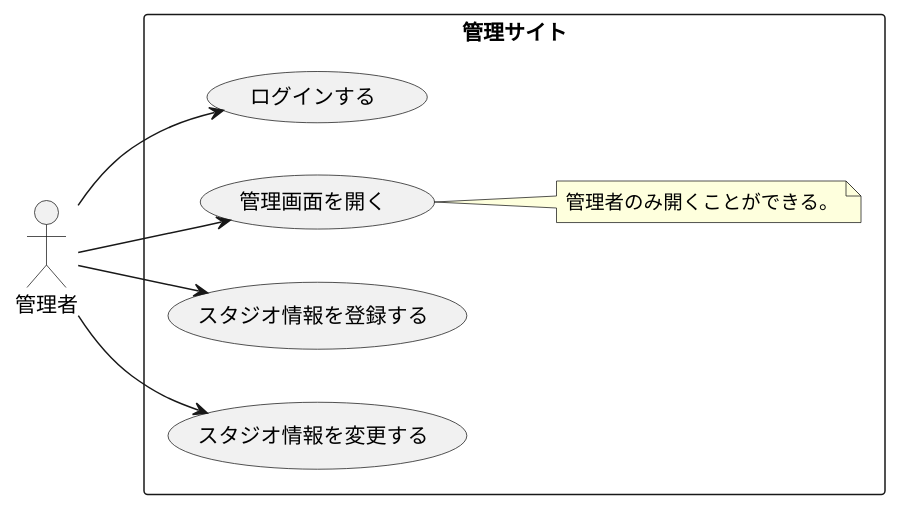
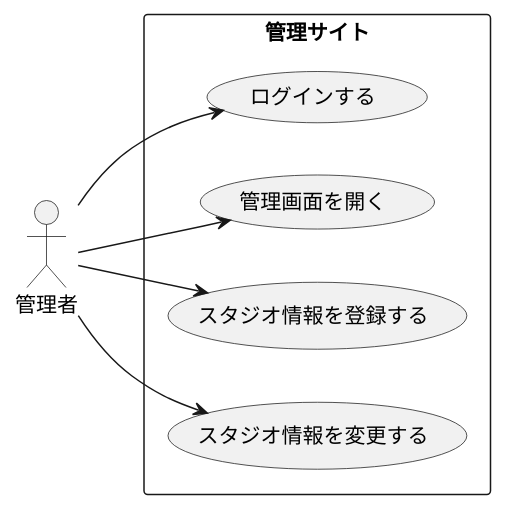
The diagram in modeling/05_Usecase_スタジオ管理.pu (TakashiOnawa/ddd-practice-studio-reservation), drawn with PlantUML before and after one commit. The commit also changed 16 other files, not shown here.

```diff
--- a/modeling/05_Usecase_スタジオ管理.pu
+++ b/modeling/05_Usecase_スタジオ管理.pu
@@ -1,18 +1,14 @@
 @startuml Usecase
 
 left to right direction
 
 actor 管理者
 
 rectangle 管理サイト {
     管理者 --> (ログインする)
     管理者 --> (管理画面を開く)
     管理者 --> (スタジオ情報を登録する)
     管理者 --> (スタジオ情報を変更する)
-
-    note right of (管理画面を開く)
-    管理者のみ開くことができる。
-    end note
 }
 
 @enduml
```
